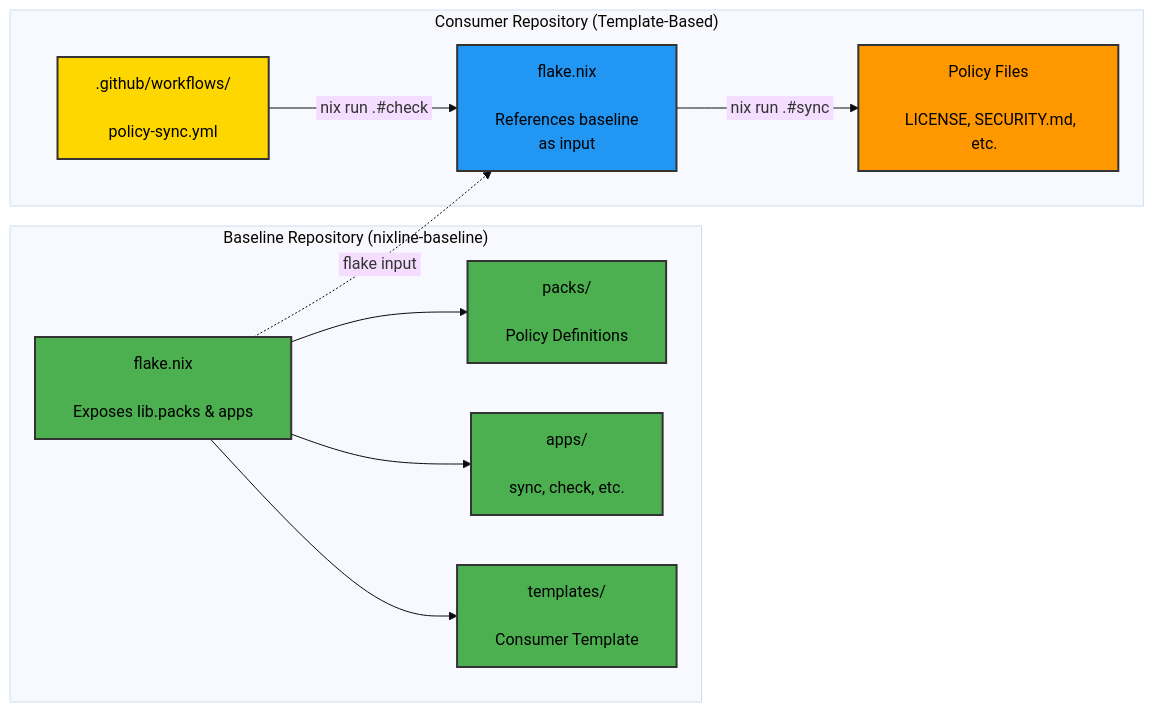
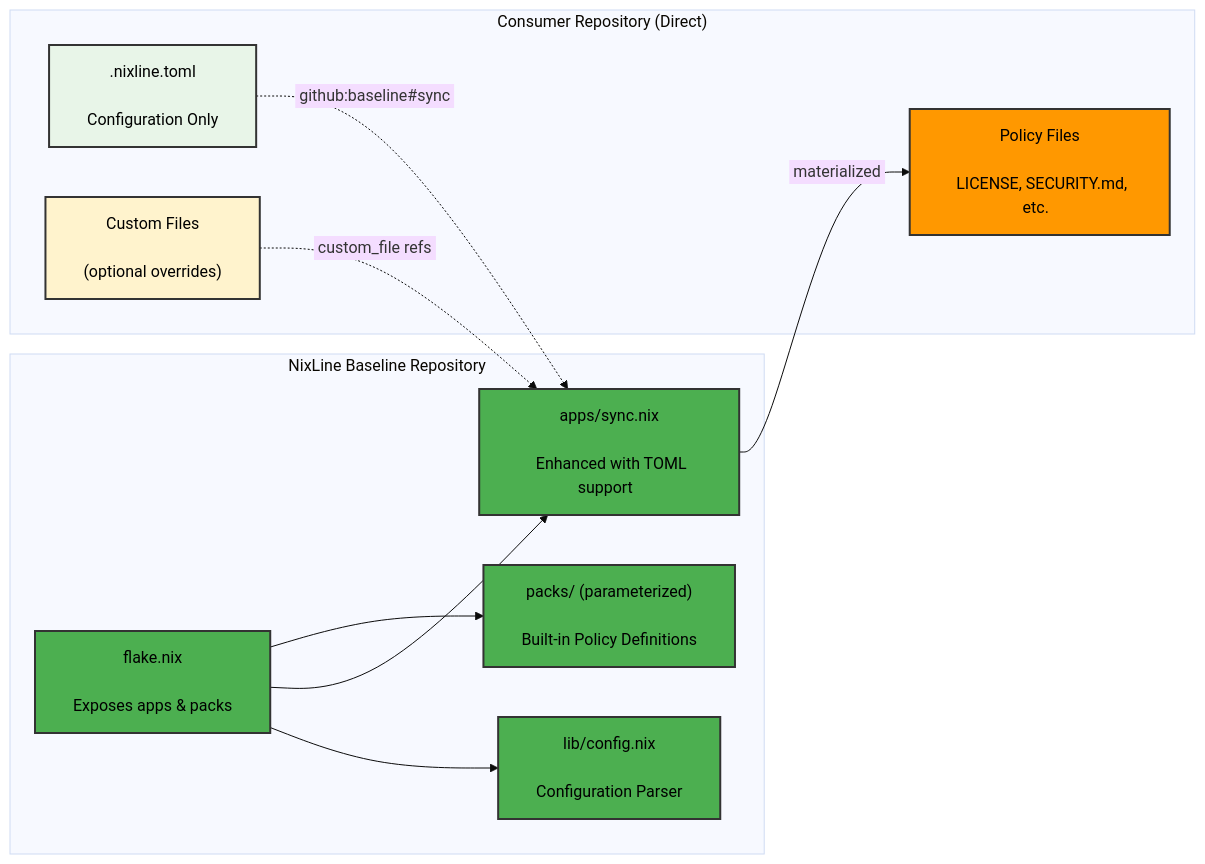
Before and after one commit to NixLine-org/nixline-baseline: the fourth of 5 diagrams in README.md, drawn with Mermaid (base theme). The commit also changed other lines of this file and 13 other files, not shown here.

Commit message:
configuration-driven consumption with enhanced sync app

````diff
--- a/README.md
+++ b/README.md
@@ -102,30 +253,30 @@
 ```mermaid
 graph LR
-    subgraph baseline["&nbsp;&nbsp;&nbsp;&nbsp;Baseline Repository (nixline-baseline)&nbsp;&nbsp;&nbsp;&nbsp;"]
-        B1["&nbsp;&nbsp;flake.nix&nbsp;&nbsp;<br/>&nbsp;<br/>&nbsp;&nbsp;Exposes lib.packs & apps&nbsp;&nbsp;"]
-        B2["&nbsp;&nbsp;packs/&nbsp;&nbsp;<br/>&nbsp;<br/>&nbsp;&nbsp;Policy Definitions&nbsp;&nbsp;"]
-        B3["&nbsp;&nbsp;apps/&nbsp;&nbsp;<br/>&nbsp;<br/>&nbsp;&nbsp;sync, check, etc.&nbsp;&nbsp;"]
-        B4["&nbsp;&nbsp;templates/&nbsp;&nbsp;<br/>&nbsp;<br/>&nbsp;&nbsp;Consumer Template&nbsp;&nbsp;"]
+    subgraph baseline["&nbsp;&nbsp;&nbsp;&nbsp;NixLine Baseline Repository&nbsp;&nbsp;&nbsp;&nbsp;"]
+        B1["&nbsp;&nbsp;flake.nix&nbsp;&nbsp;<br/>&nbsp;<br/>&nbsp;&nbsp;Exposes apps & packs&nbsp;&nbsp;"]
+        B2["&nbsp;&nbsp;packs/ (parameterized)&nbsp;&nbsp;<br/>&nbsp;<br/>&nbsp;&nbsp;Built-in Policy Definitions&nbsp;&nbsp;"]
+        B3["&nbsp;&nbsp;apps/sync.nix&nbsp;&nbsp;<br/>&nbsp;<br/>&nbsp;&nbsp;Enhanced with TOML support&nbsp;&nbsp;"]
+        B4["&nbsp;&nbsp;lib/config.nix&nbsp;&nbsp;<br/>&nbsp;<br/>&nbsp;&nbsp;Configuration Parser&nbsp;&nbsp;"]
         B1 --> B2
         B1 --> B3
         B1 --> B4
     end
 
-    subgraph consumer["&nbsp;&nbsp;&nbsp;&nbsp;Consumer Repository (Template-Based)&nbsp;&nbsp;&nbsp;&nbsp;"]
-        C1["&nbsp;&nbsp;flake.nix&nbsp;&nbsp;<br/>&nbsp;<br/>&nbsp;&nbsp;References baseline&nbsp;&nbsp;<br/>&nbsp;&nbsp;as input&nbsp;&nbsp;"]
+    subgraph consumer["&nbsp;&nbsp;&nbsp;&nbsp;Consumer Repository (Direct)&nbsp;&nbsp;&nbsp;&nbsp;"]
+        C1["&nbsp;&nbsp;.nixline.toml&nbsp;&nbsp;<br/>&nbsp;<br/>&nbsp;&nbsp;Configuration Only&nbsp;&nbsp;"]
         C2["&nbsp;&nbsp;Policy Files&nbsp;&nbsp;<br/>&nbsp;<br/>&nbsp;&nbsp;LICENSE, SECURITY.md, etc.&nbsp;&nbsp;"]
-        C4["&nbsp;&nbsp;.github/workflows/&nbsp;&nbsp;<br/>&nbsp;<br/>&nbsp;&nbsp;policy-sync.yml&nbsp;&nbsp;"]
+        C3["&nbsp;&nbsp;Custom Files&nbsp;&nbsp;<br/>&nbsp;<br/>&nbsp;&nbsp;(optional overrides)&nbsp;&nbsp;"]
     end
 
-    B1 -.->|"&nbsp;flake input&nbsp;"| C1
-    C1 -->|"&nbsp;nix run .#sync&nbsp;"| C2
-    C4 -->|"&nbsp;nix run .#check&nbsp;"| C1
+    C1 -.->|"&nbsp;github:baseline#sync&nbsp;"| B3
+    C3 -.->|"&nbsp;custom_file refs&nbsp;"| B3
+    B3 -->|"&nbsp;materialized&nbsp;"| C2
 
     style B1 fill:#4CAF50,color:#000000,stroke:#333,stroke-width:2px
     style B2 fill:#4CAF50,color:#000000,stroke:#333,stroke-width:2px
     style B3 fill:#4CAF50,color:#000000,stroke:#333,stroke-width:2px
     style B4 fill:#4CAF50,color:#000000,stroke:#333,stroke-width:2px
-    style C1 fill:#2196F3,color:#000000,stroke:#333,stroke-width:2px
+    style C1 fill:#e8f5e8,color:#000000,stroke:#333,stroke-width:2px
     style C2 fill:#FF9800,color:#000000,stroke:#333,stroke-width:2px
-    style C4 fill:#FFD700,color:#000000,stroke:#333,stroke-width:2px
+    style C3 fill:#fff3cd,color:#000000,stroke:#333,stroke-width:2px
 ```
````
